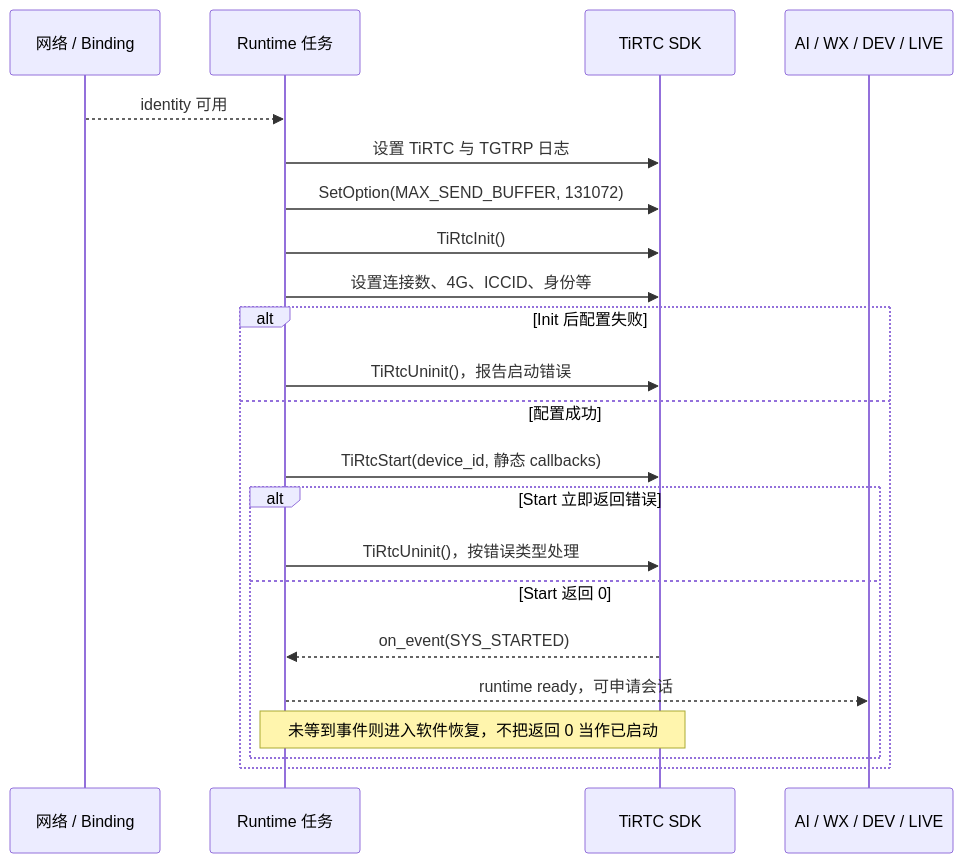
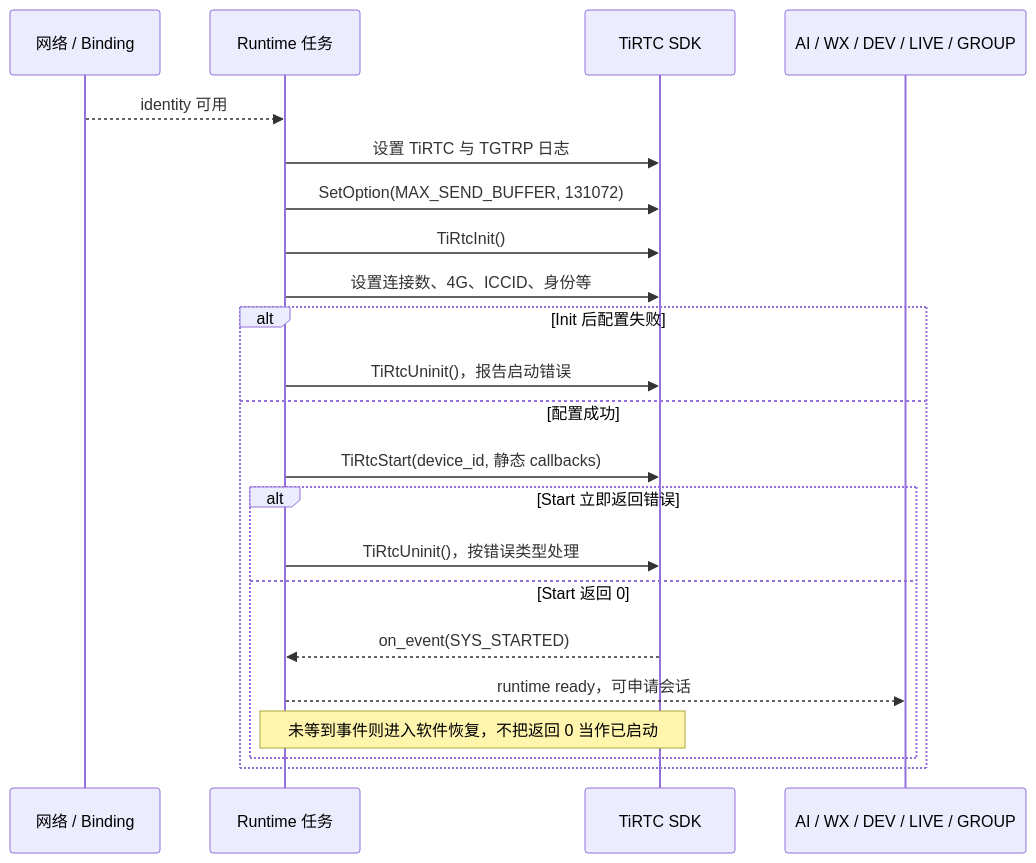
The second of 9 diagrams in examples/L_CT4IT00_YP00W_01_V04/tirtc/docs/TiRTC接口调用与模块流程.md (tangeai/xiaotai-lierda), drawn with Mermaid before and after one commit. The commit also changed other lines of this file and 46 other files, not shown here.

````diff
--- a/examples/L_CT4IT00_YP00W_01_V04/tirtc/docs/TiRTC接口调用与模块流程.md
+++ b/examples/L_CT4IT00_YP00W_01_V04/tirtc/docs/TiRTC接口调用与模块流程.md
@@ -99,24 +104,24 @@
 ```mermaid
 sequenceDiagram
     participant B as 网络 / Binding
     participant R as Runtime 任务
     participant S as TiRTC SDK
-    participant F as AI / WX / DEV / LIVE
+    participant F as AI / WX / DEV / LIVE / GROUP
     B-->>R: identity 可用
     R->>S: 设置 TiRTC 与 TGTRP 日志
     R->>S: SetOption(MAX_SEND_BUFFER, 131072)
     R->>S: TiRtcInit()
     R->>S: 设置连接数、4G、ICCID、身份等
     alt Init 后配置失败
         R->>S: TiRtcUninit()，报告启动错误
     else 配置成功
         R->>S: TiRtcStart(device_id, 静态 callbacks)
         alt Start 立即返回错误
             R->>S: TiRtcUninit()，按错误类型处理
         else Start 返回 0
             S-->>R: on_event(SYS_STARTED)
             R-->>F: runtime ready，可申请会话
             Note over R,S: 未等到事件则进入软件恢复，不把返回 0 当作已启动
         end
     end
 ```
````
